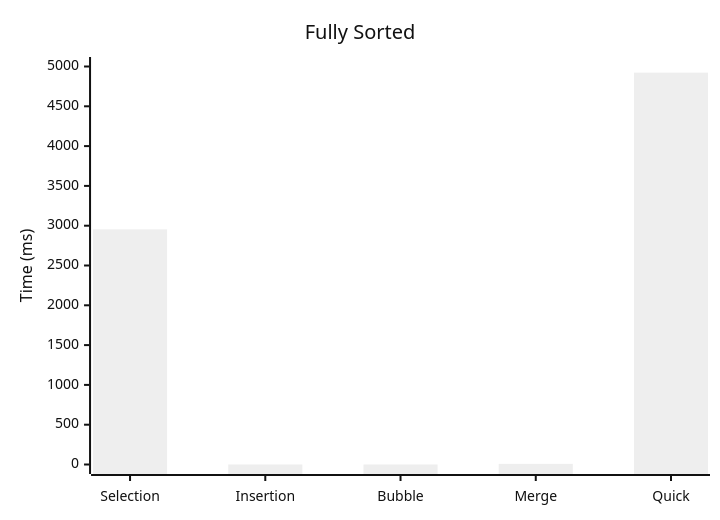
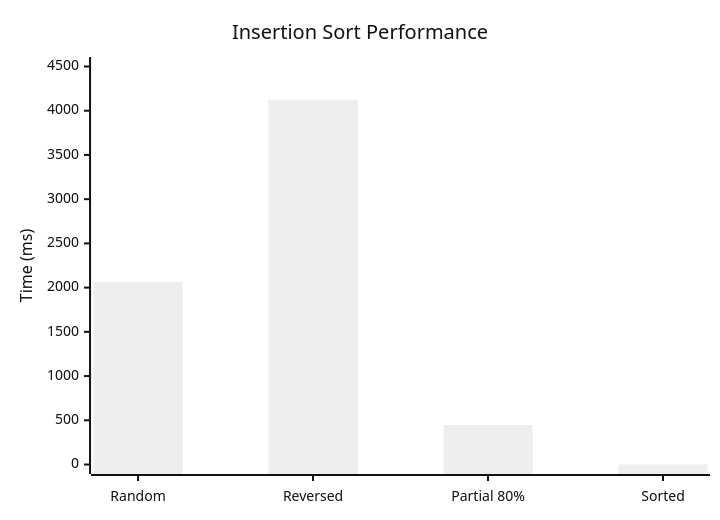
Before and after one commit to elyas99013-alt/InsertionSortBenchmark1: the diagram in README.md, drawn with Mermaid (neutral theme). The commit also changed other lines of this file, not shown here.

````diff
--- a/README.md
+++ b/README.md
@@ -57,7 +31,7 @@
 ```mermaid
 xychart-beta
-    title "Fully Sorted"
-    x-axis ["Selection", "Insertion", "Bubble", "Merge", "Quick"]
-    y-axis "Time (ms)" 0 --> 5000
-    bar [2954, 0.097, 0.053, 8, 4923]
+    title "Insertion Sort Performance"
+    x-axis ["Random", "Reversed", "Partial 80%", "Sorted"]
+    y-axis "Time (ms)" 0 --> 4500
+    bar [2063.745, 4124.672, 445.463, 0.097]
 ```
````
